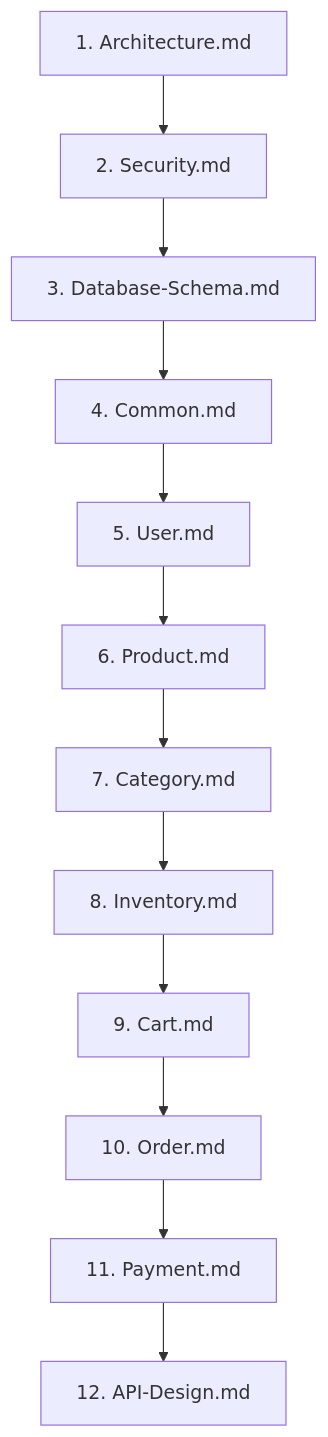
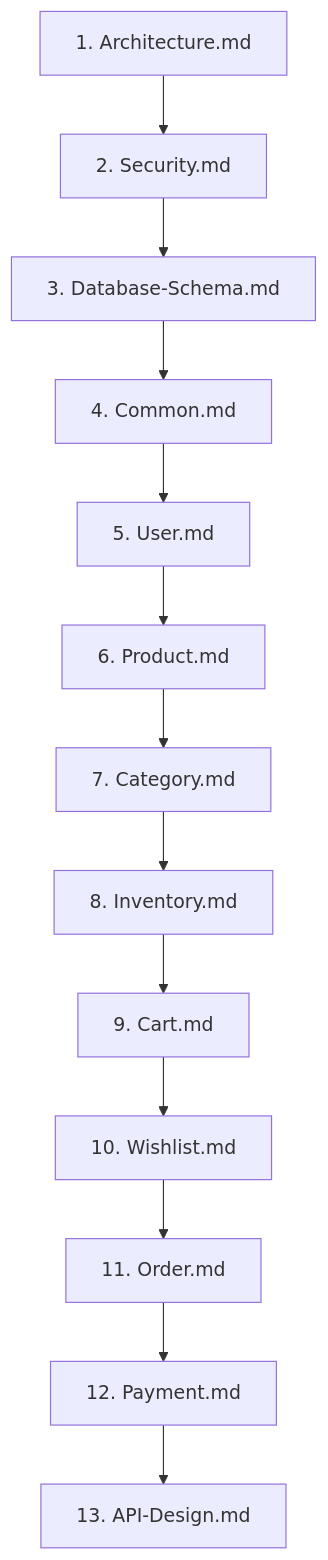
The diagram in docs/README.md (Amitgupta0001/amazon-scale-backend), drawn with Mermaid before and after one commit. The commit also changed other lines of this file and 26 other files, not shown here.

Commit message:
docs: document project architecture, API, security, database, and modules

````diff
--- a/docs/README.md
+++ b/docs/README.md
@@ -17,14 +17,15 @@
 ```mermaid
 graph TD
     A[1. Architecture.md] --> B[2. Security.md]
     B --> C[3. Database-Schema.md]
     C --> D[4. Common.md]
     D --> E[5. User.md]
     E --> F[6. Product.md]
     F --> G[7. Category.md]
     G --> H[8. Inventory.md]
     H --> I[9. Cart.md]
-    I --> J[10. Order.md]
-    J --> K[11. Payment.md]
-    K --> L[12. API-Design.md]
+    I --> J[10. Wishlist.md]
+    J --> K[11. Order.md]
+    K --> L[12. Payment.md]
+    L --> M[13. API-Design.md]
 ```
````
